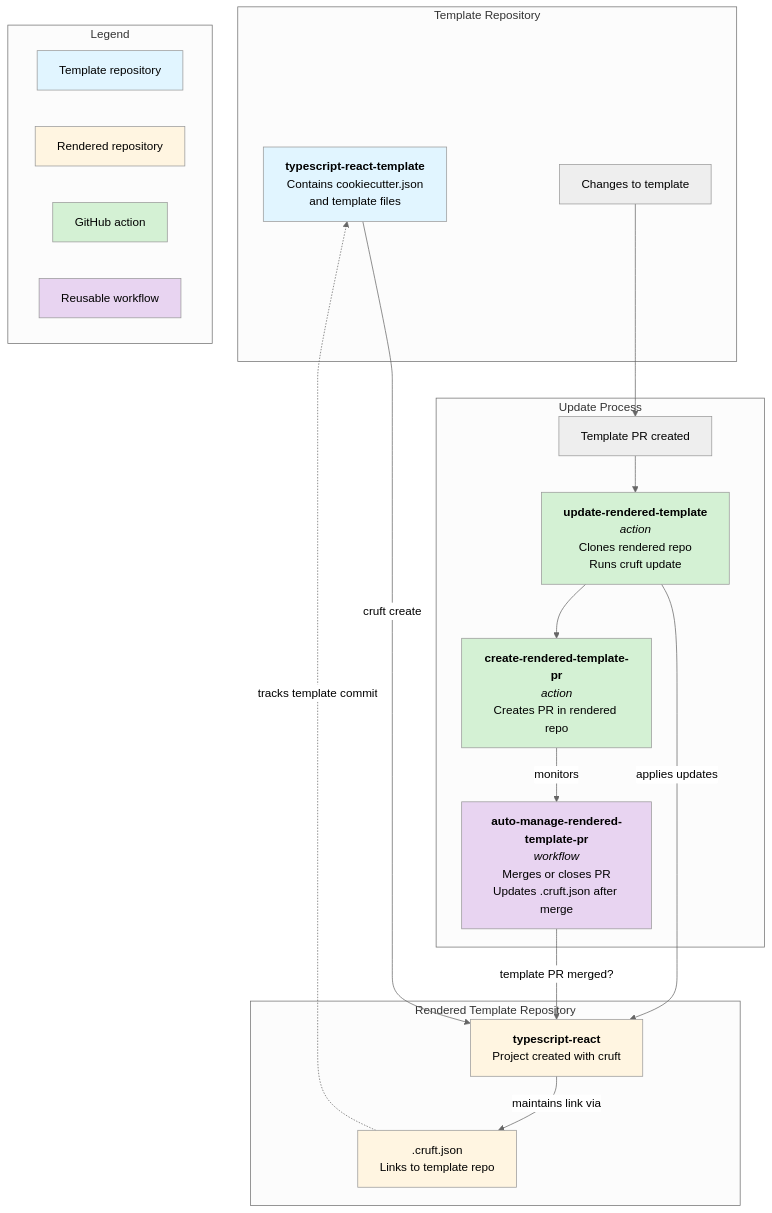
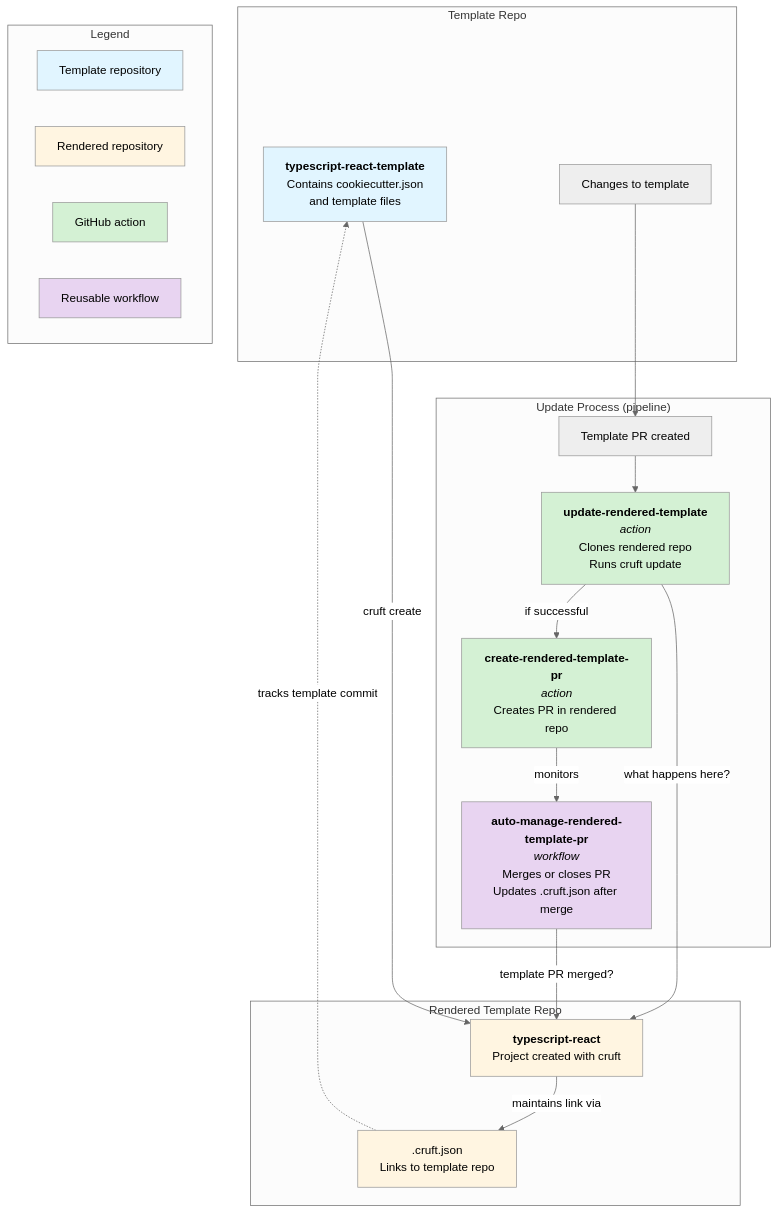
Before and after one commit to eidp/actions-template: the diagram in README.md, drawn with Mermaid (neutral theme). The commit also changed other lines of this file, not shown here.

Commit message:
docs: improve comprehensibility of flow

````diff
--- a/README.md
+++ b/README.md
@@ -10,47 +10,47 @@
 ```mermaid
 graph TB
-    subgraph "Template Repository"
+    subgraph "Template Repo"
         A[<strong>typescript-react-template</strong><br/>Contains cookiecutter.json<br/>and template files]
         B[Changes to template]
     end
 
-    subgraph "Rendered Template Repository"
+    subgraph "Rendered Template Repo"
         C[<strong>typescript-react</strong><br/>Project created with cruft]
         D[.cruft.json<br/>Links to template repo]
     end
 
-    subgraph "Update Process"
+    subgraph "Update Process (pipeline)"
         E[Template PR created]
         F["<strong>update-rendered-template</strong><br/><em>action</em><br/>Clones rendered repo<br/>Runs cruft update"]
         G["<strong>create-rendered-template-pr</strong><br/><em>action</em><br/>Creates PR in rendered repo"]
         H["<strong>auto-manage-rendered-template-pr</strong><br/><em>workflow</em><br/>Merges or closes PR<br/>Updates .cruft.json after merge"]
     end
 
     subgraph Legend
         L1[Template repository]
         L2[Rendered repository]
         L3[GitHub action]
         L4[Reusable workflow]
     end
 
     A -->|cruft create| C
     C -->|maintains link via| D
     B --> E
     E --> F
-    F -->|applies updates| C
-    F --> G
+    F --> |what happens here?|C 
+    F -->|if successful| G
     G -->|monitors| H
     H -->|template PR merged?| C
     D -.->|tracks template commit| A
 
     style A fill:#e1f5ff
     style C fill:#fff5e1
     style D fill:#fff5e1
     style F fill:#d4f1d4
     style G fill:#d4f1d4
     style H fill:#e8d4f1
     style L1 fill:#e1f5ff
     style L2 fill:#fff5e1
     style L3 fill:#d4f1d4
     style L4 fill:#e8d4f1
 ```
````
